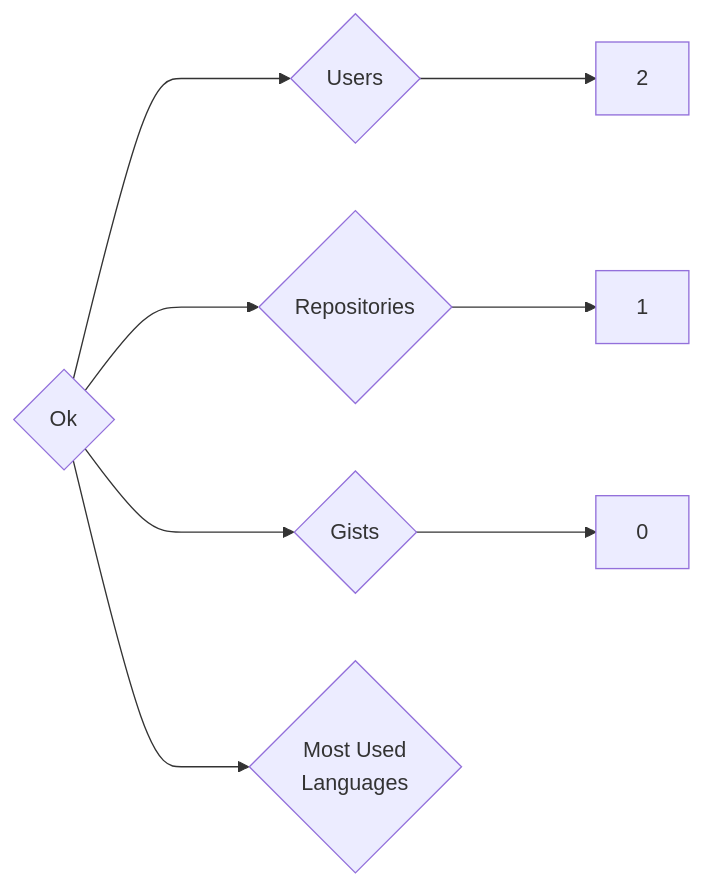
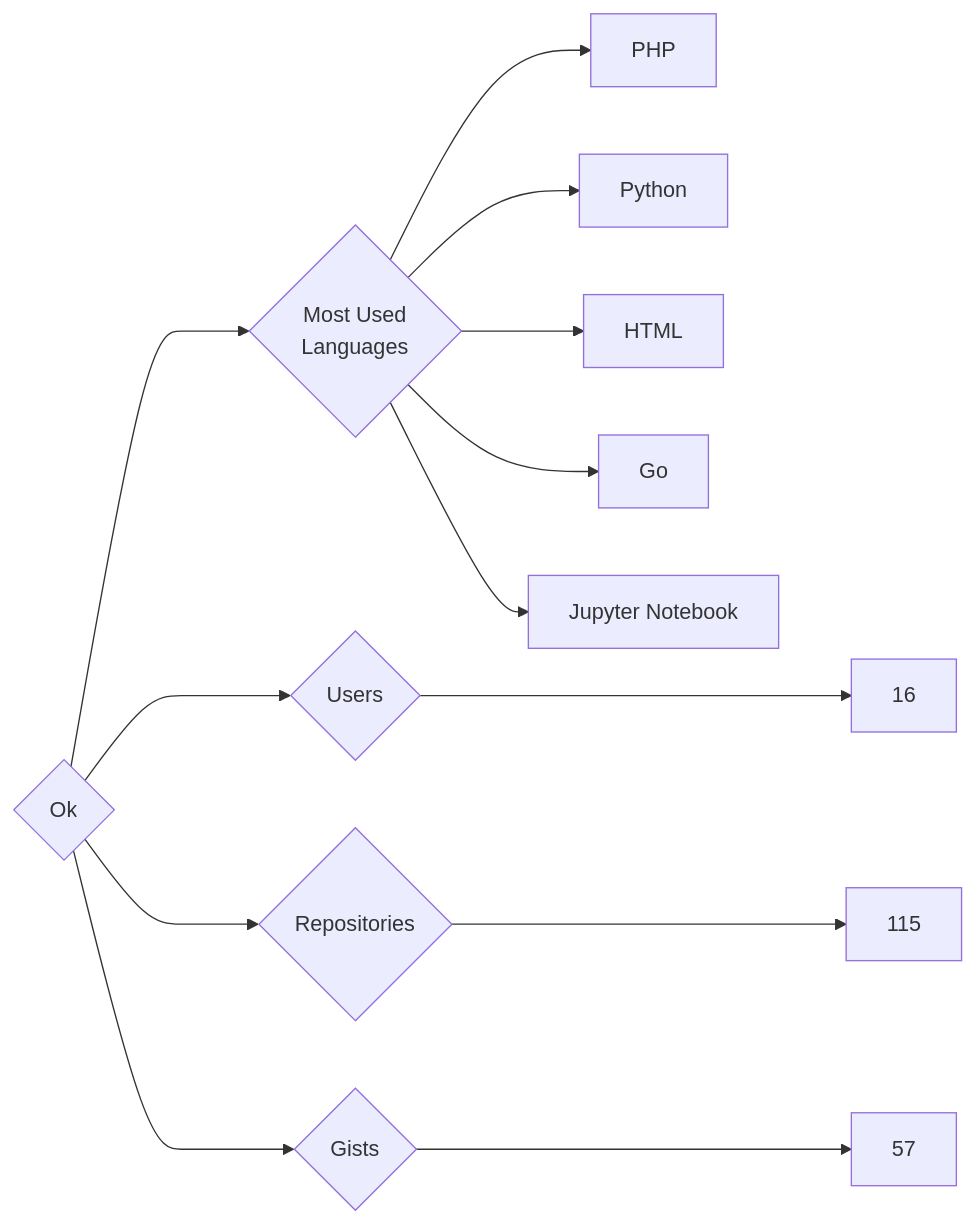
Before and after one commit to trickest/insiders: the diagram in targets/Ok/README.md, drawn with Mermaid. The commit also changed 829 other files, not shown here.

````diff
--- a/targets/Ok/README.md
+++ b/targets/Ok/README.md
@@ -3,8 +3,13 @@
 ```mermaid
 graph LR
 COMPANY_NAME{Ok}
-COMPANY_NAME ---> U{Users} ---> UN[2]
-COMPANY_NAME ---> R{Repositories} ---> RN[1]
-COMPANY_NAME ---> G{Gists} ---> GN[0]
+COMPANY_NAME ---> U{Users} ---> UN[16]
+COMPANY_NAME ---> R{Repositories} ---> RN[115]
+COMPANY_NAME ---> G{Gists} ---> GN[57]
 COMPANY_NAME ---> ML{Most Used<br>Languages}
+ML --> PHP[PHP]
+ML --> Python[Python]
+ML --> HTML[HTML]
+ML --> Go[Go]
+ML --> Jupyter_Notebook[Jupyter Notebook]
 ```
````
